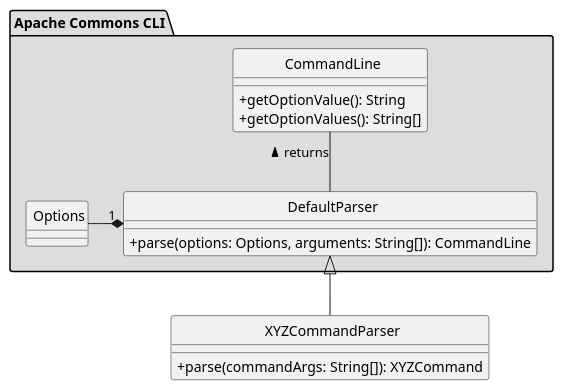
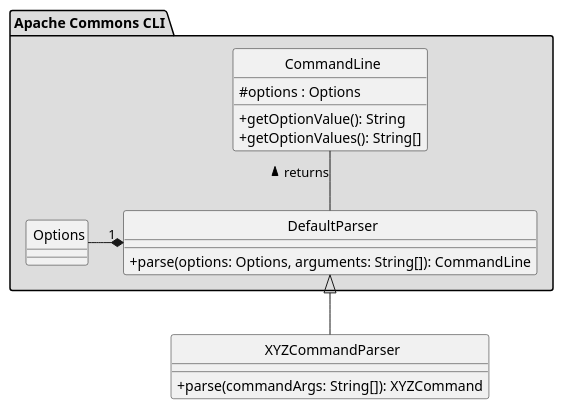
One commit to AY2324S2-CS2113T-T09-2/tp changed the diagram in docs/diagrams/ParserLibraryClassDiagram.puml. Above: the diagram before and after it, drawn with PlantUML.

```diff
--- a/docs/diagrams/ParserLibraryClassDiagram.puml
+++ b/docs/diagrams/ParserLibraryClassDiagram.puml
@@ -1,29 +1,30 @@
 @startuml
 
 skinparam linetype ortho
 skinparam classAttributeIconSize 0
 skinparam CircledCharacterFontSize 0
 skinparam CircledCharacterRadius 0
 
 class XYZCommandParser {
     + parse(commandArgs: String[]): XYZCommand
 }
 
 package "Apache Commons CLI" #DDDDDD {
         class DefaultParser {
             + parse(options: Options, arguments: String[]): CommandLine
         }
 
         class Options
 
         class CommandLine {
+            # options : Options
             + getOptionValue(): String
             + getOptionValues(): String[]
         }
 }
 
 DefaultParser -up- CommandLine : > returns
 XYZCommandParser -up-|> DefaultParser
 DefaultParser "1" *-left- Options
 
 @enduml
```
